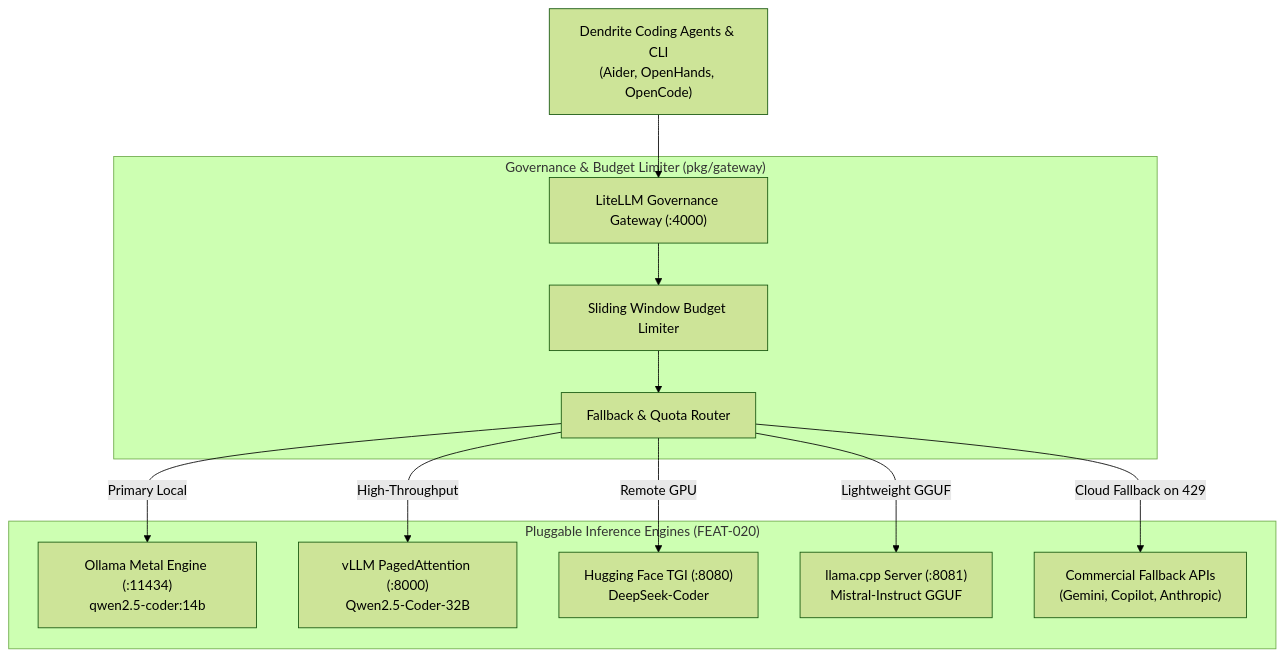
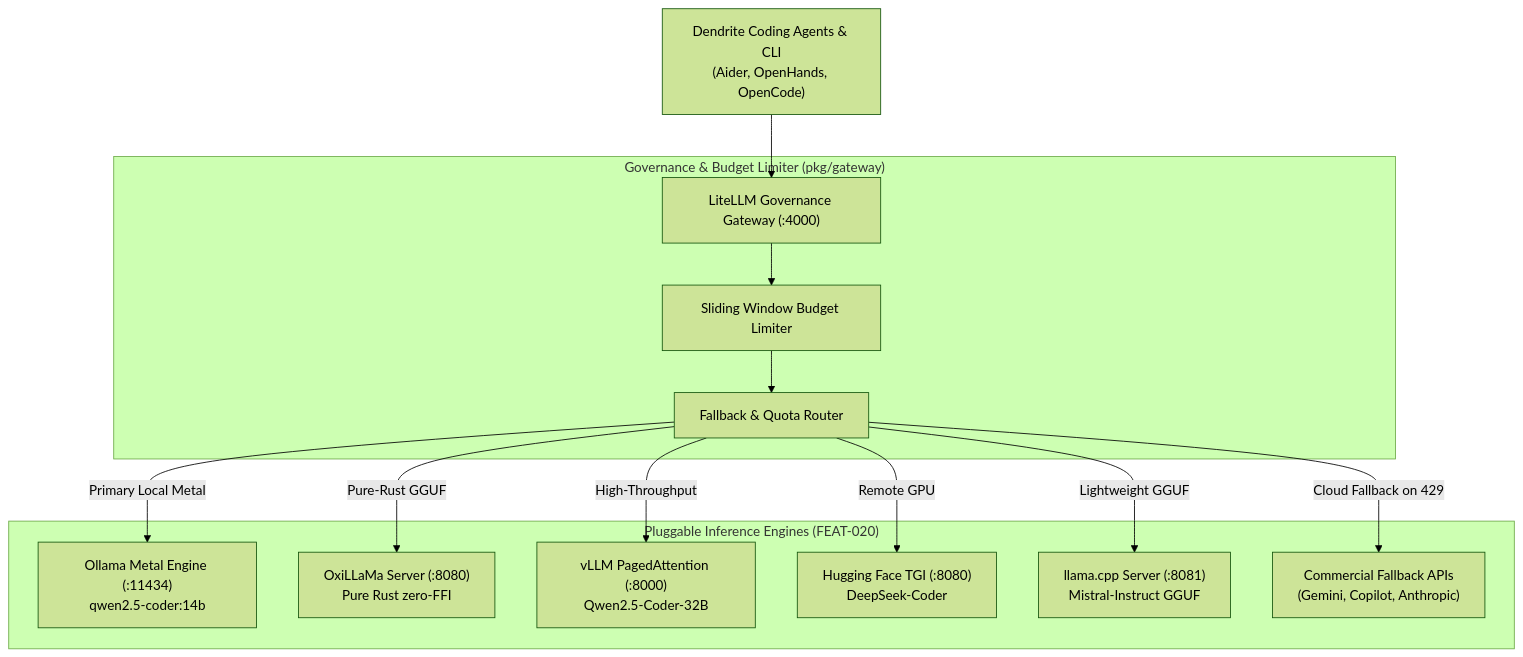
One commit to yasuomaidana/dendrite changed the diagram in docs/features/FEAT-020-pluggable-inference-engines.md. Above: the diagram before and after it, drawn with Mermaid (forest theme). The commit also changed other lines of this file and 1 other file, not shown here.

Commit message:
feat(inference): support OxiLLaMa in pluggable inference engines

````diff
--- a/docs/features/FEAT-020-pluggable-inference-engines.md
+++ b/docs/features/FEAT-020-pluggable-inference-engines.md
@@ -68,17 +78,18 @@
 ```mermaid
 flowchart TD
     Client["Dendrite Coding Agents & CLI<br/>(Aider, OpenHands, OpenCode)"] --> Gateway["LiteLLM Governance Gateway (:4000)"]
     
     subgraph Governance["Governance & Budget Limiter (pkg/gateway)"]
         Gateway --> Limiter["Sliding Window Budget Limiter"]
         Limiter --> Cascade["Fallback & Quota Router"]
     end
 
     subgraph Engines["Pluggable Inference Engines (FEAT-020)"]
-        Cascade -->|Primary Local| Ollama["Ollama Metal Engine (:11434)<br/>qwen2.5-coder:14b"]
+        Cascade -->|Primary Local Metal| Ollama["Ollama Metal Engine (:11434)<br/>qwen2.5-coder:14b"]
+        Cascade -->|Pure-Rust GGUF| Oxillama["OxiLLaMa Server (:8080)<br/>Pure Rust zero-FFI"]
         Cascade -->|High-Throughput| VLLM["vLLM PagedAttention (:8000)<br/>Qwen2.5-Coder-32B"]
         Cascade -->|Remote GPU| HFTGI["Hugging Face TGI (:8080)<br/>DeepSeek-Coder"]
         Cascade -->|Lightweight GGUF| LlamaCpp["llama.cpp Server (:8081)<br/>Mistral-Instruct GGUF"]
         Cascade -->|Cloud Fallback on 429| Upstream["Commercial Fallback APIs<br/>(Gemini, Copilot, Anthropic)"]
     end
 ```
````
